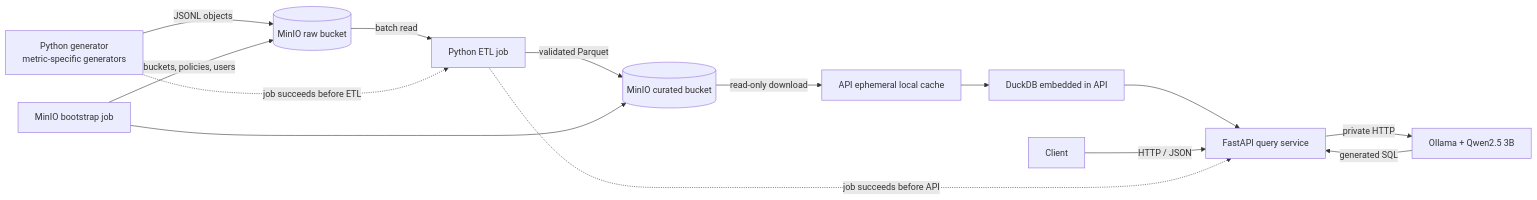
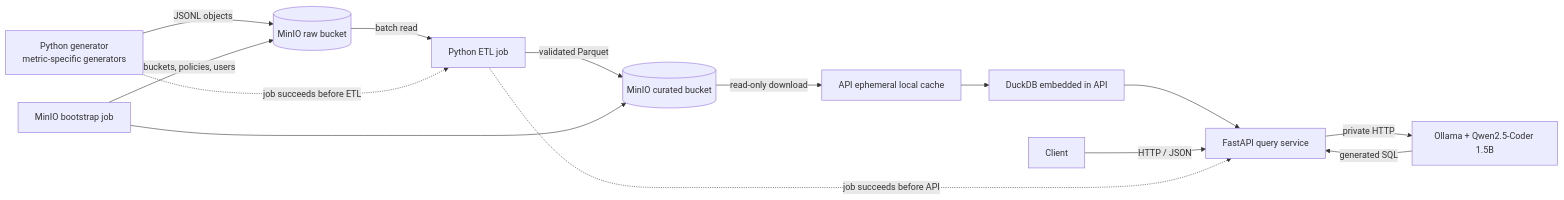
Before and after one commit to Milandenice/AI-Queryable-Health-Data-System: the diagram in README.md, drawn with Mermaid. The commit also changed other lines of this file and 8 other files, not shown here.

````diff
--- a/README.md
+++ b/README.md
@@ -18,16 +20,16 @@
 ```mermaid
 flowchart LR
     U[Python generator<br/>metric-specific generators] -->|JSONL objects| R[(MinIO raw bucket)]
     R -->|batch read| E[Python ETL job]
     E -->|validated Parquet| C[(MinIO curated bucket)]
     C -->|read-only download| L[API ephemeral local cache]
     L --> Q[DuckDB embedded in API]
     Q --> A[FastAPI query service]
     Client -->|HTTP / JSON| A
-    A -->|private HTTP| M[Ollama + Qwen2.5 3B]
+    A -->|private HTTP| M[Ollama + Qwen2.5-Coder 1.5B]
     M -->|generated SQL| A
     B[MinIO bootstrap job] -->|buckets, policies, users| R
     B --> C
     U -. job succeeds before ETL .-> E
     E -. job succeeds before API .-> A
 ```
````
